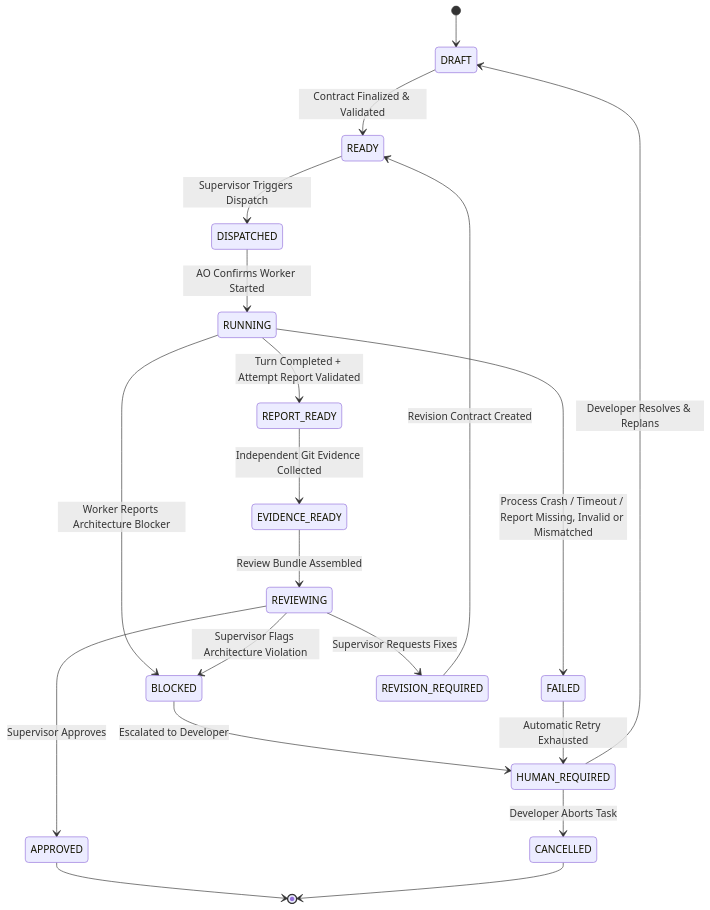
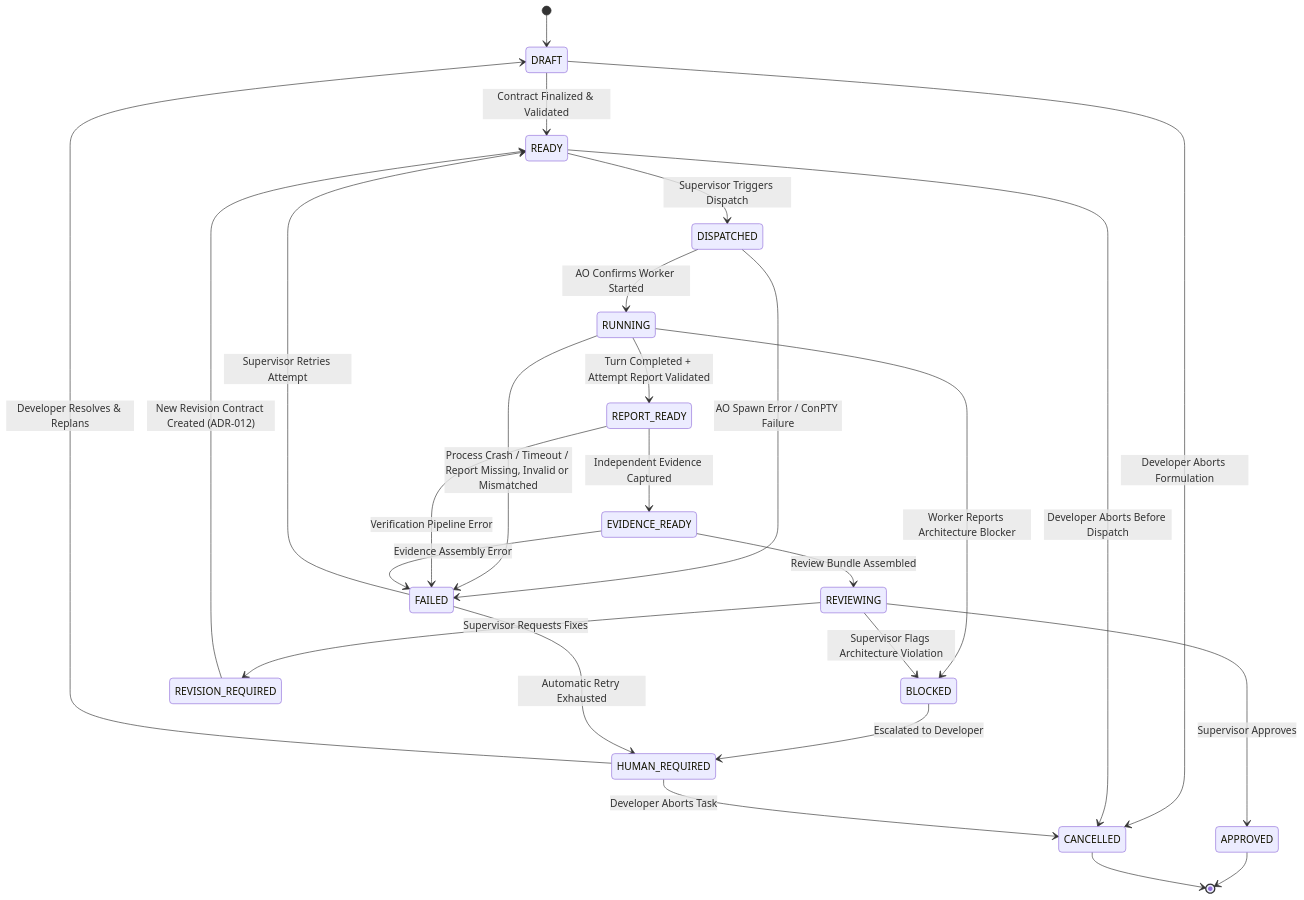
The diagram in docs/06_WORKFLOW_STATE_MACHINE.md (trungqwe/ai-supervisor), drawn with Mermaid before and after one commit. The commit also changed other lines of this file and 27 other files, not shown here.

Commit message:
docs: reconcile post-freeze architecture and issue v2.1 baseline

````diff
--- a/docs/06_WORKFLOW_STATE_MACHINE.md
+++ b/docs/06_WORKFLOW_STATE_MACHINE.md
@@ -10,28 +10,39 @@
 ```mermaid
 stateDiagram-v2
     [*] --> DRAFT
     DRAFT --> READY: Contract Finalized & Validated
+    DRAFT --> CANCELLED: Developer Aborts Formulation
+
     READY --> DISPATCHED: Supervisor Triggers Dispatch
+    READY --> CANCELLED: Developer Aborts Before Dispatch
+
     DISPATCHED --> RUNNING: AO Confirms Worker Started
+    DISPATCHED --> FAILED: AO Spawn Error / ConPTY Failure
 
     RUNNING --> REPORT_READY: Turn Completed + Attempt Report Validated
     RUNNING --> FAILED: Process Crash / Timeout / Report Missing, Invalid or Mismatched
     RUNNING --> BLOCKED: Worker Reports Architecture Blocker
 
-    REPORT_READY --> EVIDENCE_READY: Independent Git Evidence Collected
+    REPORT_READY --> EVIDENCE_READY: Independent Evidence Captured
+    REPORT_READY --> FAILED: Verification Pipeline Error
+
     EVIDENCE_READY --> REVIEWING: Review Bundle Assembled
+    EVIDENCE_READY --> FAILED: Evidence Assembly Error
 
     REVIEWING --> APPROVED: Supervisor Approves
     REVIEWING --> REVISION_REQUIRED: Supervisor Requests Fixes
     REVIEWING --> BLOCKED: Supervisor Flags Architecture Violation
 
-    REVISION_REQUIRED --> READY: Revision Contract Created
+    REVISION_REQUIRED --> READY: New Revision Contract Created (ADR-012)
+
+    BLOCKED --> HUMAN_REQUIRED: Escalated to Developer
+
+    FAILED --> HUMAN_REQUIRED: Automatic Retry Exhausted
+    FAILED --> READY: Supervisor Retries Attempt
+
+    HUMAN_REQUIRED --> DRAFT: Developer Resolves & Replans
+    HUMAN_REQUIRED --> CANCELLED: Developer Aborts Task
 
     APPROVED --> [*]
-
-    BLOCKED --> HUMAN_REQUIRED: Escalated to Developer
-    FAILED --> HUMAN_REQUIRED: Automatic Retry Exhausted
-    HUMAN_REQUIRED --> DRAFT: Developer Resolves & Replans
-    HUMAN_REQUIRED --> CANCELLED: Developer Aborts Task
     CANCELLED --> [*]
 ```
````
